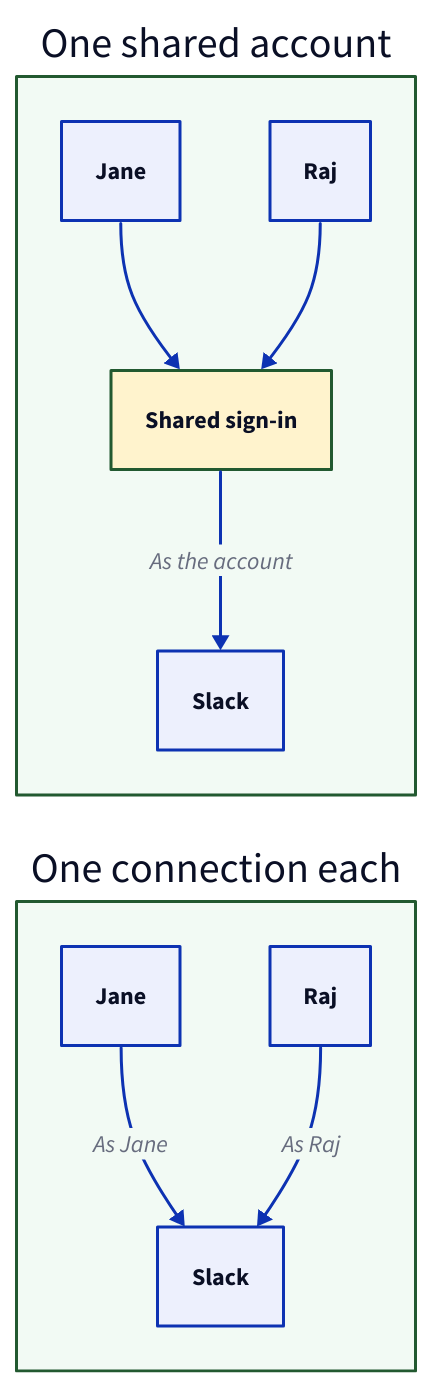
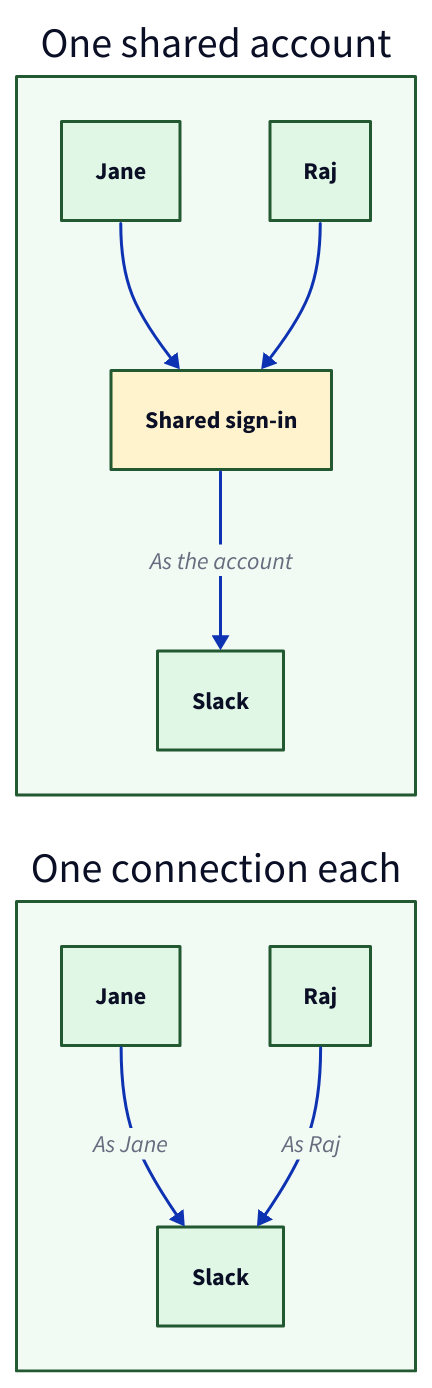
Before and after one commit to tallyfy/documentation: the diagram in src/content/docs/pro/integrations/vault/index.mdx, drawn with D2. The commit also changed 9 other files, not shown here.

First line of the commit message:
Take the four diagram reviews' small fixes

````diff
--- a/src/content/docs/pro/integrations/vault/index.mdx
+++ b/src/content/docs/pro/integrations/vault/index.mdx
@@ -32,35 +32,53 @@
 ```d2
 # One shared account versus one connection each
 direction: down
 grid-columns: 1
 grid-gap: 30
 
 Shared: "One shared account" {
   style.fill: "#f2faf4"
   style.stroke: "#225930"
 
-  JaneA: "Jane"
-  RajA: "Raj"
+  JaneA: "Jane" {
+    style.fill: "#e1f7e6"
+    style.stroke: "#225930"
+  }
+  RajA: "Raj" {
+    style.fill: "#e1f7e6"
+    style.stroke: "#225930"
+  }
   Account: "Shared sign-in" {
     style.fill: "#fff3cd"
     style.stroke: "#225930"
   }
-  SlackA: "Slack"
+  SlackA: "Slack" {
+    style.fill: "#e1f7e6"
+    style.stroke: "#225930"
+  }
 
   JaneA -> Account
   RajA -> Account
   Account -> SlackA: "As the account"
 }
 
 Each: "One connection each" {
   style.fill: "#f2faf4"
   style.stroke: "#225930"
 
-  JaneB: "Jane"
-  RajB: "Raj"
-  SlackB: "Slack"
+  JaneB: "Jane" {
+    style.fill: "#e1f7e6"
+    style.stroke: "#225930"
+  }
+  RajB: "Raj" {
+    style.fill: "#e1f7e6"
+    style.stroke: "#225930"
+  }
+  SlackB: "Slack" {
+    style.fill: "#e1f7e6"
+    style.stroke: "#225930"
+  }
 
   JaneB -> SlackB: "As Jane"
   RajB -> SlackB: "As Raj"
 }
 ```
````
